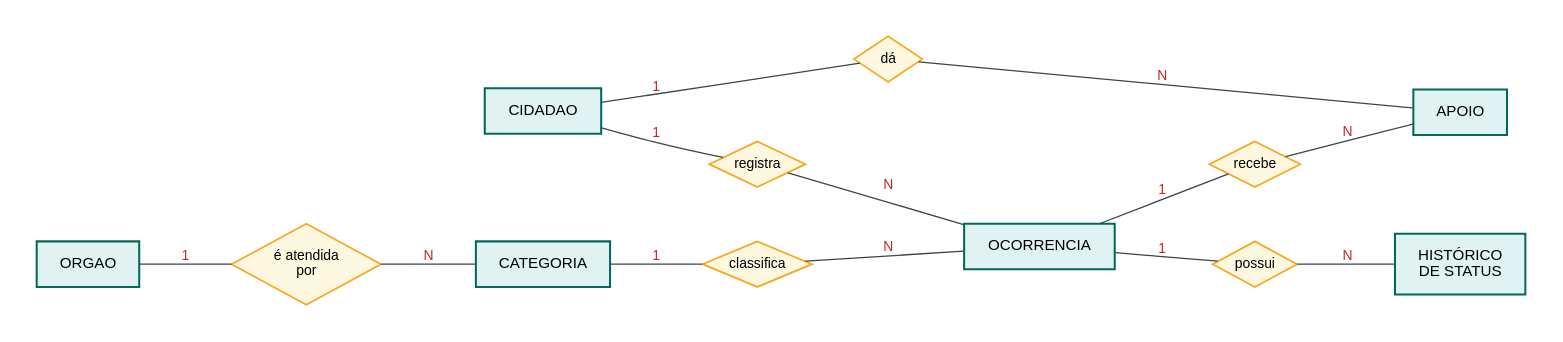
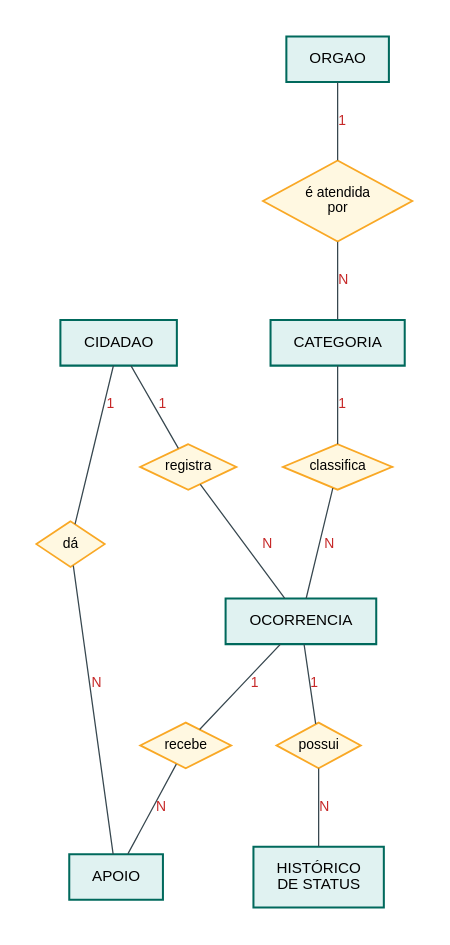
One commit to renancardoso06/ruatenta changed the diagram in docs/mer.dot. Above: the diagram before and after it, drawn with Graphviz. The commit also changed 5 other files, not shown here.

```diff
--- a/docs/mer.dot
+++ b/docs/mer.dot
@@ -1,29 +1,29 @@
 graph MER {
-  graph [rankdir=LR, fontname="Arial", nodesep=0.6, ranksep=0.9, pad=0.3, bgcolor="white"];
+  graph [rankdir=TB, fontname="Arial", nodesep=0.5, ranksep=0.7, pad=0.3, bgcolor="white"];
   node  [fontname="Arial", fontsize=12];
   edge  [fontname="Arial", fontsize=11, color="#37474F"];
 
   node [shape=box, style="filled", fillcolor="#E0F2F1", color="#00695C", penwidth=1.6, margin="0.25,0.15"];
   CIDADAO; OCORRENCIA; CATEGORIA; ORGAO; APOIO; HISTORICO [label="HISTÓRICO\nDE STATUS"];
 
   node [shape=diamond, style="filled", fillcolor="#FFF8E1", color="#F9A825", penwidth=1.4, fontsize=11, margin="0.05"];
   registra [label="registra"];
   classifica [label="classifica"];
   atende [label="é atendida\npor"];
   da [label="dá"];
   recebe [label="recebe"];
   possui [label="possui"];
 
   CIDADAO -- registra [label="1", fontcolor="#C62828"];
   registra -- OCORRENCIA [label="N", fontcolor="#C62828"];
   CATEGORIA -- classifica [label="1", fontcolor="#C62828"];
   classifica -- OCORRENCIA [label="N", fontcolor="#C62828"];
   ORGAO -- atende [label="1", fontcolor="#C62828"];
   atende -- CATEGORIA [label="N", fontcolor="#C62828"];
   CIDADAO -- da [label="1", fontcolor="#C62828"];
   da -- APOIO [label="N", fontcolor="#C62828"];
   OCORRENCIA -- recebe [label="1", fontcolor="#C62828"];
   recebe -- APOIO [label="N", fontcolor="#C62828"];
   OCORRENCIA -- possui [label="1", fontcolor="#C62828"];
   possui -- HISTORICO [label="N", fontcolor="#C62828"];
 }
```
